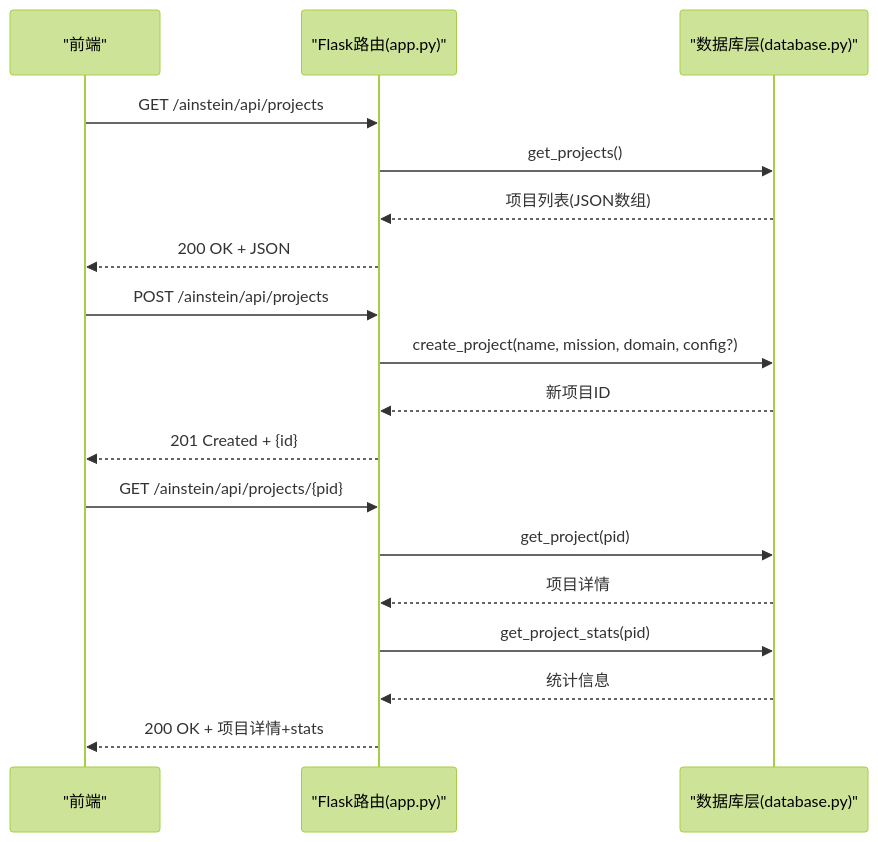
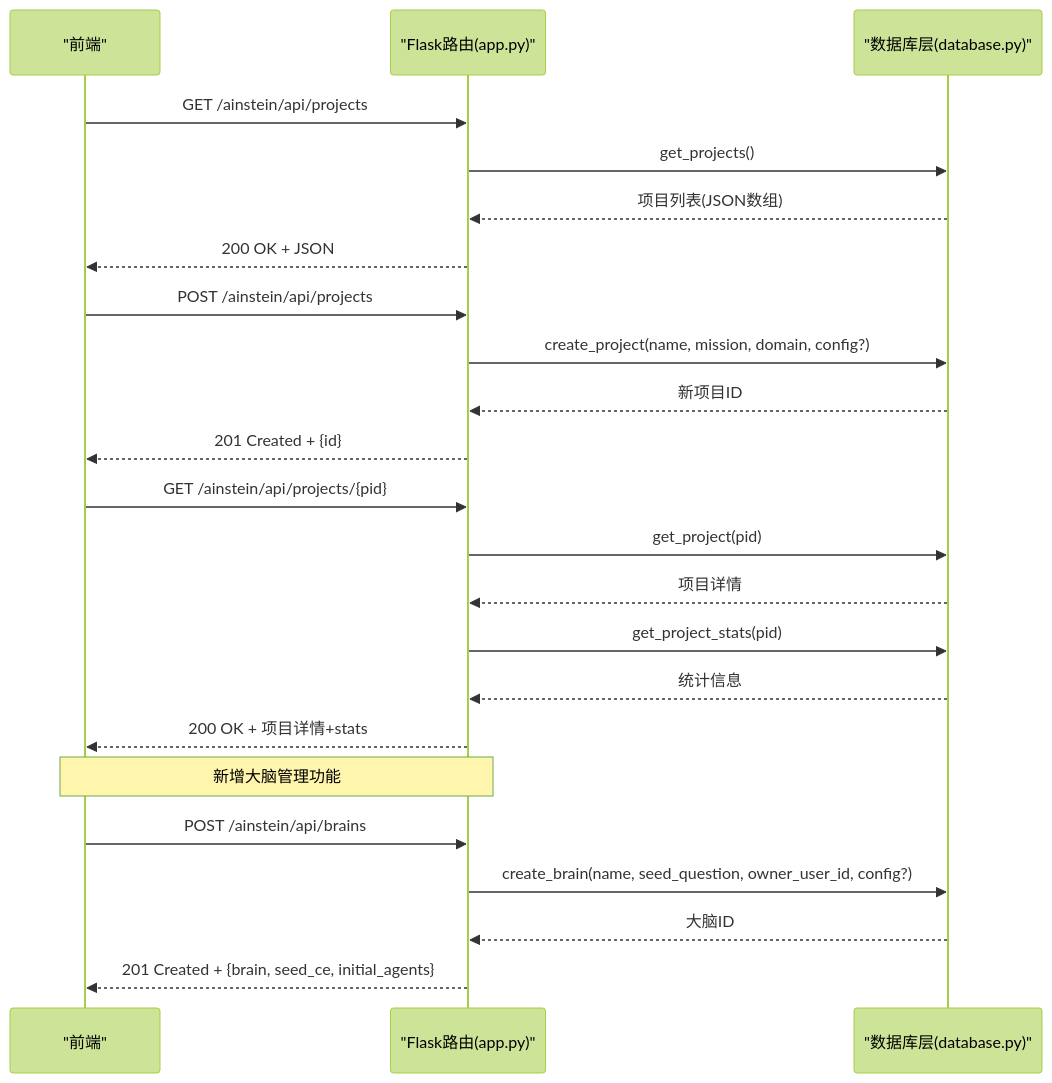
Before and after one commit to GDY-ai/ainstein: the second of 3 diagrams in .qoder/repowiki/zh/content/API参考文档/项目管理API.md, drawn with Mermaid (forest theme). The commit also changed other lines of this file and 61 other files, not shown here.

Commit message:
fix: 修复前端路由 — BrainList/CreateBrain 导航到 /brain/:id 而非 /project/:id

````diff
--- a/.qoder/repowiki/zh/content/API参考文档/项目管理API.md
+++ b/.qoder/repowiki/zh/content/API参考文档/项目管理API.md
@@ -102,20 +115,25 @@
 ```mermaid
 sequenceDiagram
 participant FE as "前端"
 participant APP as "Flask路由(app.py)"
 participant DB as "数据库层(database.py)"
 FE->>APP : GET /ainstein/api/projects
 APP->>DB : get_projects()
 DB-->>APP : 项目列表(JSON数组)
 APP-->>FE : 200 OK + JSON
 FE->>APP : POST /ainstein/api/projects
 APP->>DB : create_project(name, mission, domain, config?)
 DB-->>APP : 新项目ID
 APP-->>FE : 201 Created + {id}
 FE->>APP : GET /ainstein/api/projects/{pid}
 APP->>DB : get_project(pid)
 DB-->>APP : 项目详情
 APP->>DB : get_project_stats(pid)
 DB-->>APP : 统计信息
 APP-->>FE : 200 OK + 项目详情+stats
+Note over FE,APP : 新增大脑管理功能
+FE->>APP : POST /ainstein/api/brains
+APP->>DB : create_brain(name, seed_question, owner_user_id, config?)
+DB-->>APP : 大脑ID
+APP-->>FE : 201 Created + {brain, seed_ce, initial_agents}
 ```
````
